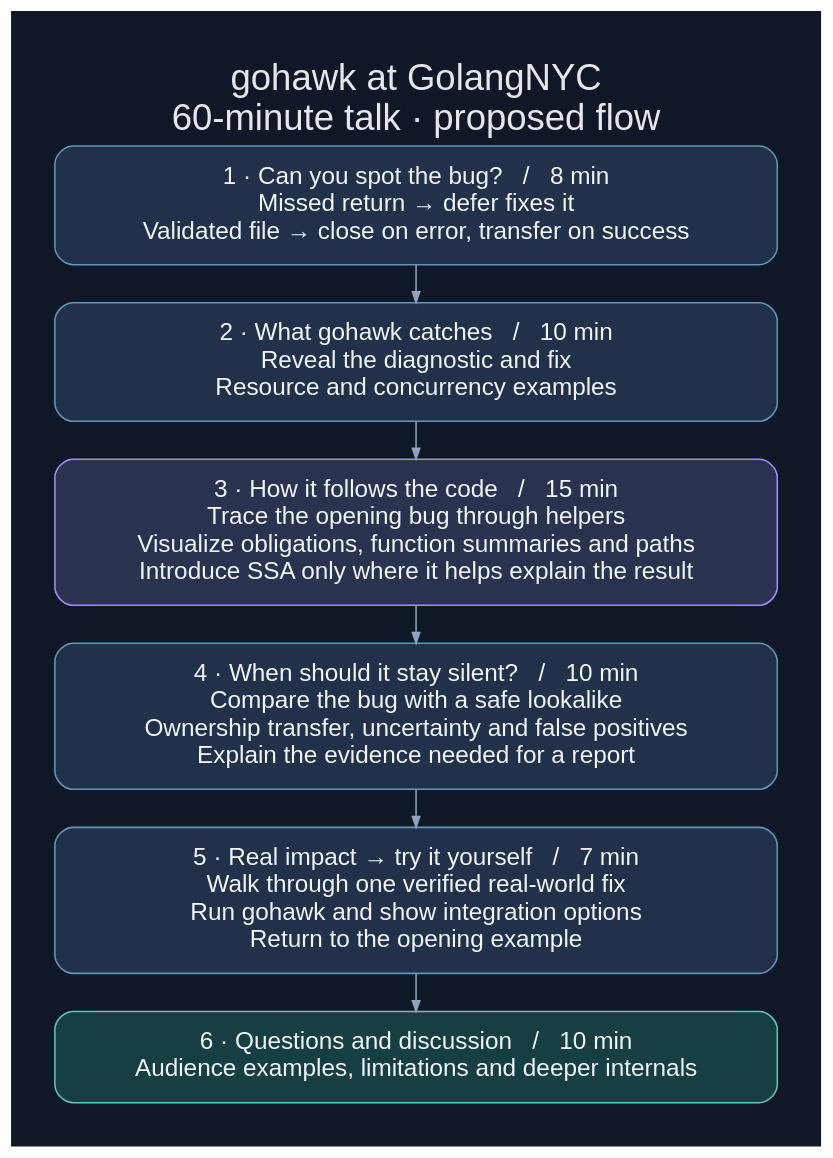
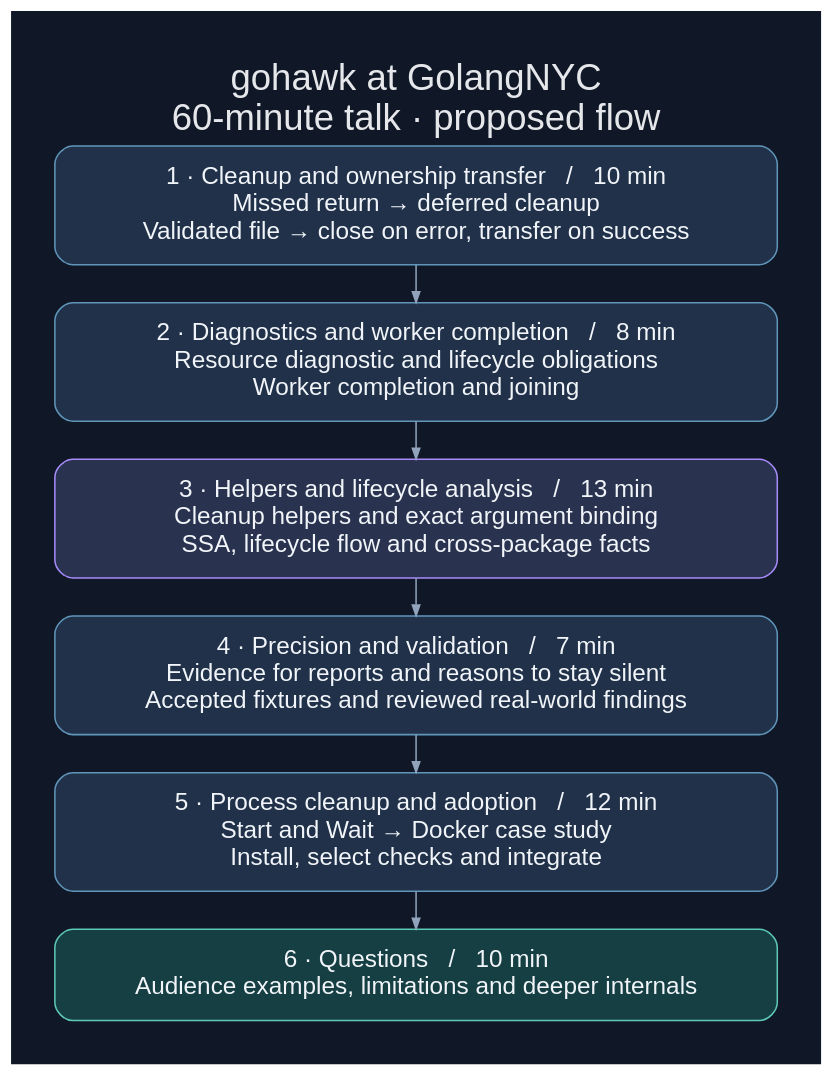
The diagram in talks/golangnyc/flow.dot (kojah/gohawk), drawn with Graphviz before and after one commit. The commit also changed 3 other files, not shown here.

```diff
--- a/talks/golangnyc/flow.dot
+++ b/talks/golangnyc/flow.dot
@@ -1,12 +1,12 @@
 digraph talk {
  graph [rankdir=TB, bgcolor="#101827", pad=0.4, nodesep=0.3, ranksep=0.35, label="gohawk at GolangNYC\n60-minute talk · proposed flow", labelloc=t, fontname="Helvetica", fontsize=24, fontcolor="#e5e7eb"];
  node [shape=box, style="rounded,filled", fillcolor="#203149", color="#6096ba", fontcolor="#f1f5f9", fontname="Helvetica", fontsize=16, margin="0.25,0.16", width=6.6];
  edge [color="#91a4bc", arrowsize=0.7];
- hook [label="1 · Can you spot the bug?   /   8 min\nMissed return → defer fixes it\nValidated file → close on error, transfer on success"];
- scope [label="2 · What gohawk catches   /   10 min\nReveal the diagnostic and fix\nResource and concurrency examples"];
- reasoning [label="3 · How it follows the code   /   15 min\nTrace the opening bug through helpers\nVisualize obligations, function summaries and paths\nIntroduce SSA only where it helps explain the result", fillcolor="#29334f", color="#a78bfa"];
- trust [label="4 · When should it stay silent?   /   10 min\nCompare the bug with a safe lookalike\nOwnership transfer, uncertainty and false positives\nExplain the evidence needed for a report"];
- impact [label="5 · Real impact → try it yourself   /   7 min\nWalk through one verified real-world fix\nRun gohawk and show integration options\nReturn to the opening example"];
- qa [label="6 · Questions and discussion   /   10 min\nAudience examples, limitations and deeper internals", fillcolor="#153f43", color="#5ec9b6"];
+ hook [label="1 · Cleanup and ownership transfer   /   10 min\nMissed return → deferred cleanup\nValidated file → close on error, transfer on success"];
+ scope [label="2 · Diagnostics and worker completion   /   8 min\nResource diagnostic and lifecycle obligations\nWorker completion and joining"];
+ reasoning [label="3 · Helpers and lifecycle analysis   /   13 min\nCleanup helpers and exact argument binding\nSSA, lifecycle flow and cross-package facts", fillcolor="#29334f", color="#a78bfa"];
+ trust [label="4 · Precision and validation   /   7 min\nEvidence for reports and reasons to stay silent\nAccepted fixtures and reviewed real-world findings"];
+ impact [label="5 · Process cleanup and adoption   /   12 min\nStart and Wait → Docker case study\nInstall, select checks and integrate"];
+ qa [label="6 · Questions   /   10 min\nAudience examples, limitations and deeper internals", fillcolor="#153f43", color="#5ec9b6"];
  hook -> scope -> reasoning -> trust -> impact -> qa;
 }
```
